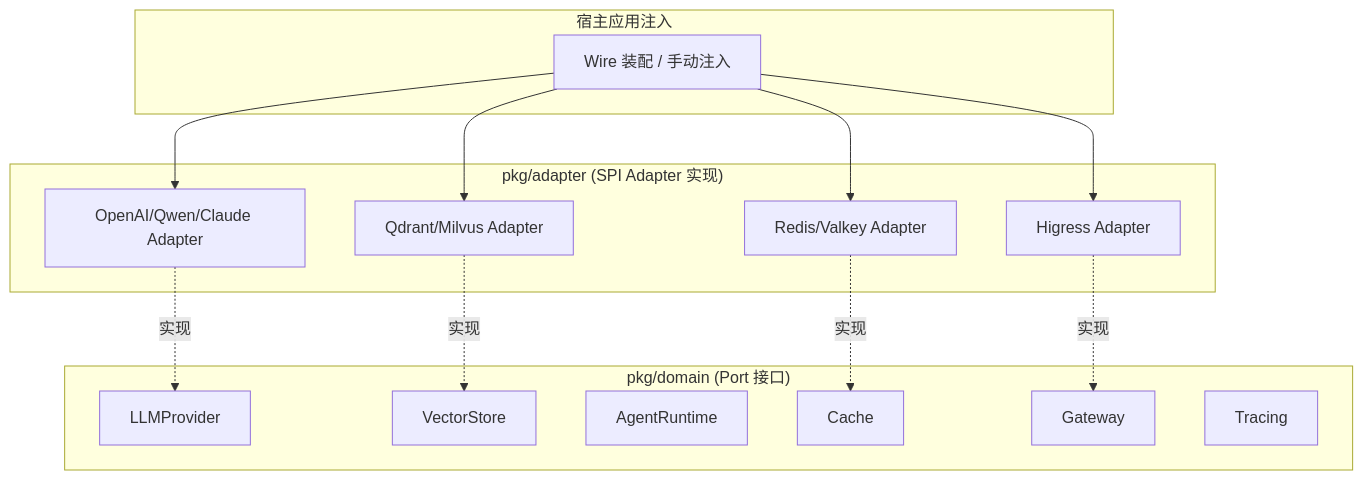
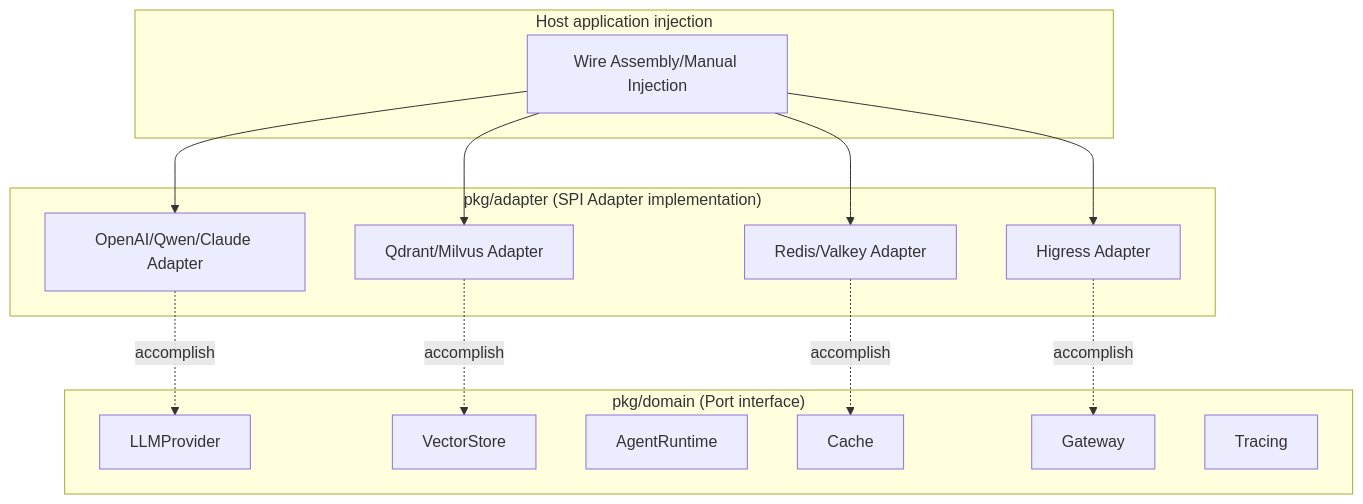
The second of 4 diagrams in design/DESIGN.md (open-strata-ai/ai-sdk-go), drawn with Mermaid before and after one commit. The commit also changed other lines of this file and 10 other files, not shown here.

````diff
--- a/design/DESIGN.md
+++ b/design/DESIGN.md
@@ -137,25 +137,25 @@
 ```mermaid
 graph TB
-    subgraph "pkg/domain (Port 接口)"
+    subgraph "pkg/domain (Port interface)"
         LP["LLMProvider"]
         VS["VectorStore"]
         RT["AgentRuntime"]
         CA["Cache"]
         GW["Gateway"]
         TR["Tracing"]
     end
-    subgraph "pkg/adapter (SPI Adapter 实现)"
+    subgraph "pkg/adapter (SPI Adapter implementation)"
         LPA["OpenAI/Qwen/Claude Adapter"]
         VSA["Qdrant/Milvus Adapter"]
         CAA["Redis/Valkey Adapter"]
         GWA["Higress Adapter"]
     end
-    subgraph "宿主应用注入"
-        WIRE["Wire 装配 / 手动注入"]
+    subgraph "Host application injection"
+        WIRE["Wire Assembly/Manual Injection"]
     end
-    LPA -.实现.-> LP
-    VSA -.实现.-> VS
-    CAA -.实现.-> CA
-    GWA -.实现.-> GW
+    LPA -.accomplish.-> LP
+    VSA -.accomplish.-> VS
+    CAA -.accomplish.-> CA
+    GWA -.accomplish.-> GW
     WIRE --> LPA & VSA & CAA & GWA
 ```
````
